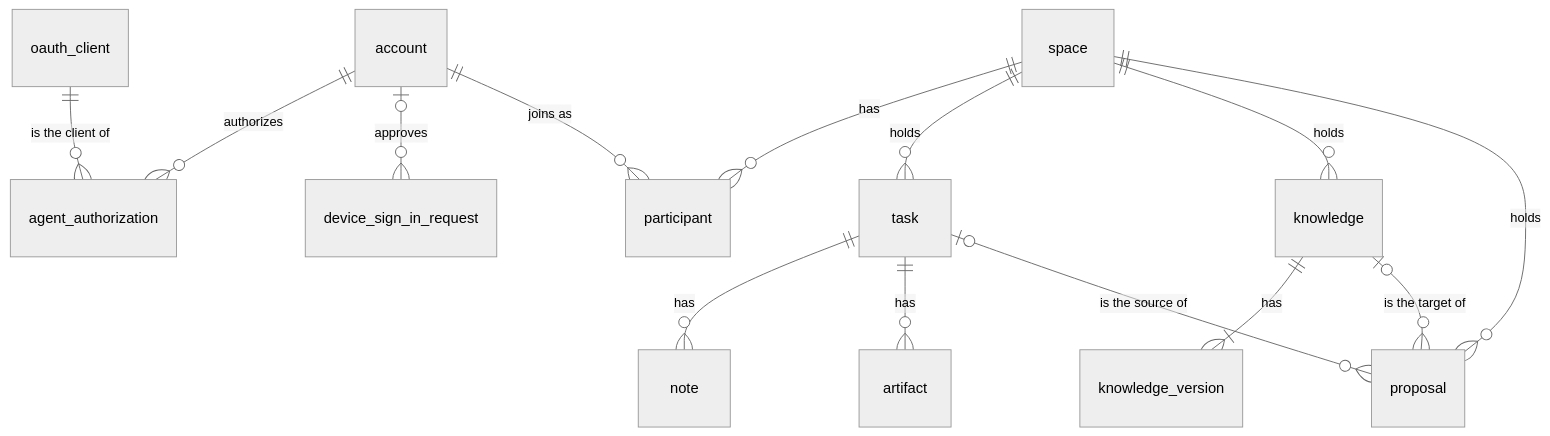
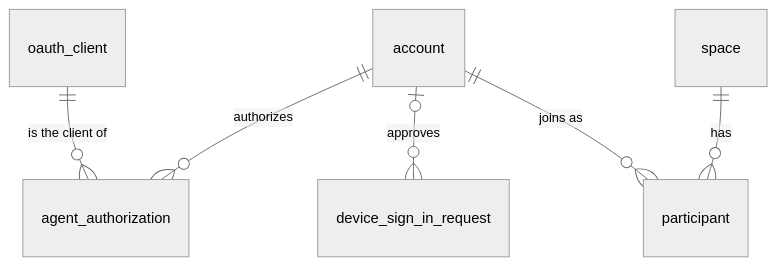
The diagram in docs/architecture/data-model.md (lorebayai/lorebay), drawn with Mermaid (neutral theme) before and after one commit. The commit also changed other lines of this file and 30 other files, not shown here.

````diff
--- a/docs/architecture/data-model.md
+++ b/docs/architecture/data-model.md
@@ -90,16 +64,8 @@
 ```mermaid
 erDiagram
     account ||--o{ agent_authorization : "authorizes"
     oauth_client ||--o{ agent_authorization : "is the client of"
     account |o--o{ device_sign_in_request : "approves"
     account ||--o{ participant : "joins as"
     space ||--o{ participant : "has"
-    space ||--o{ task : "holds"
-    space ||--o{ knowledge : "holds"
-    space ||--o{ proposal : "holds"
-    task ||--o{ note : "has"
-    task ||--o{ artifact : "has"
-    task |o--o{ proposal : "is the source of"
-    knowledge ||--|{ knowledge_version : "has"
-    knowledge |o--o{ proposal : "is the target of"
 ```
````
